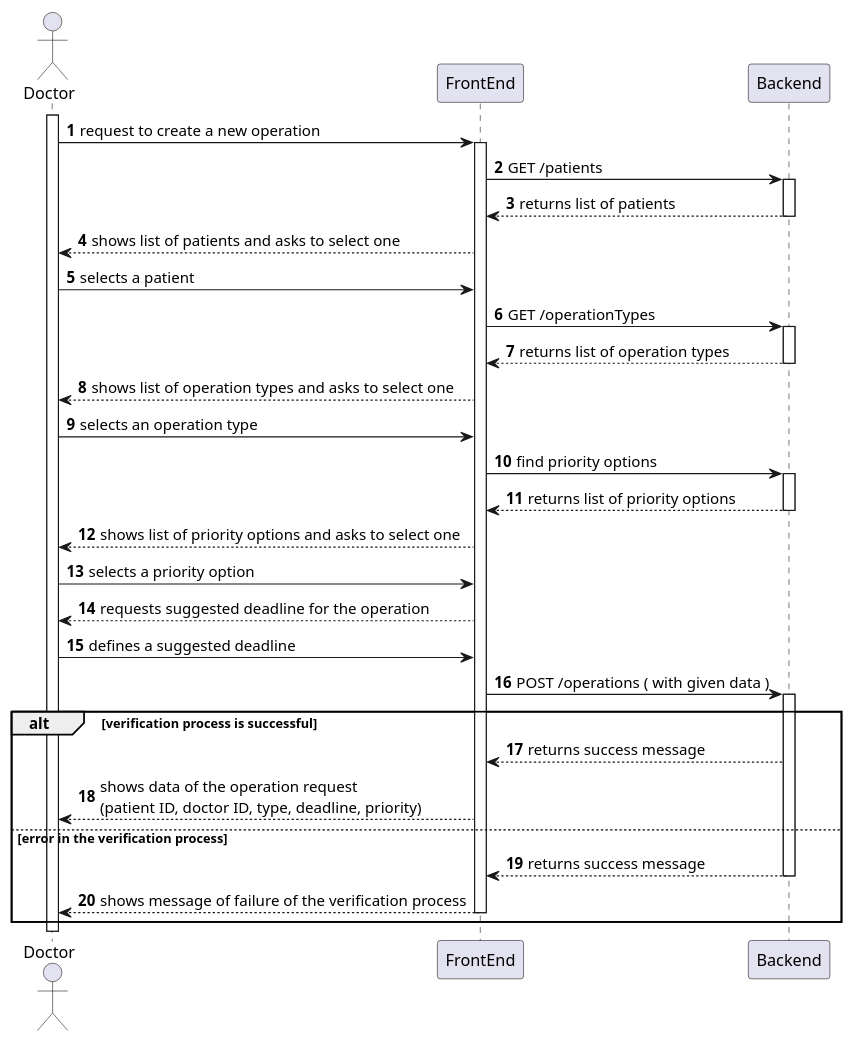
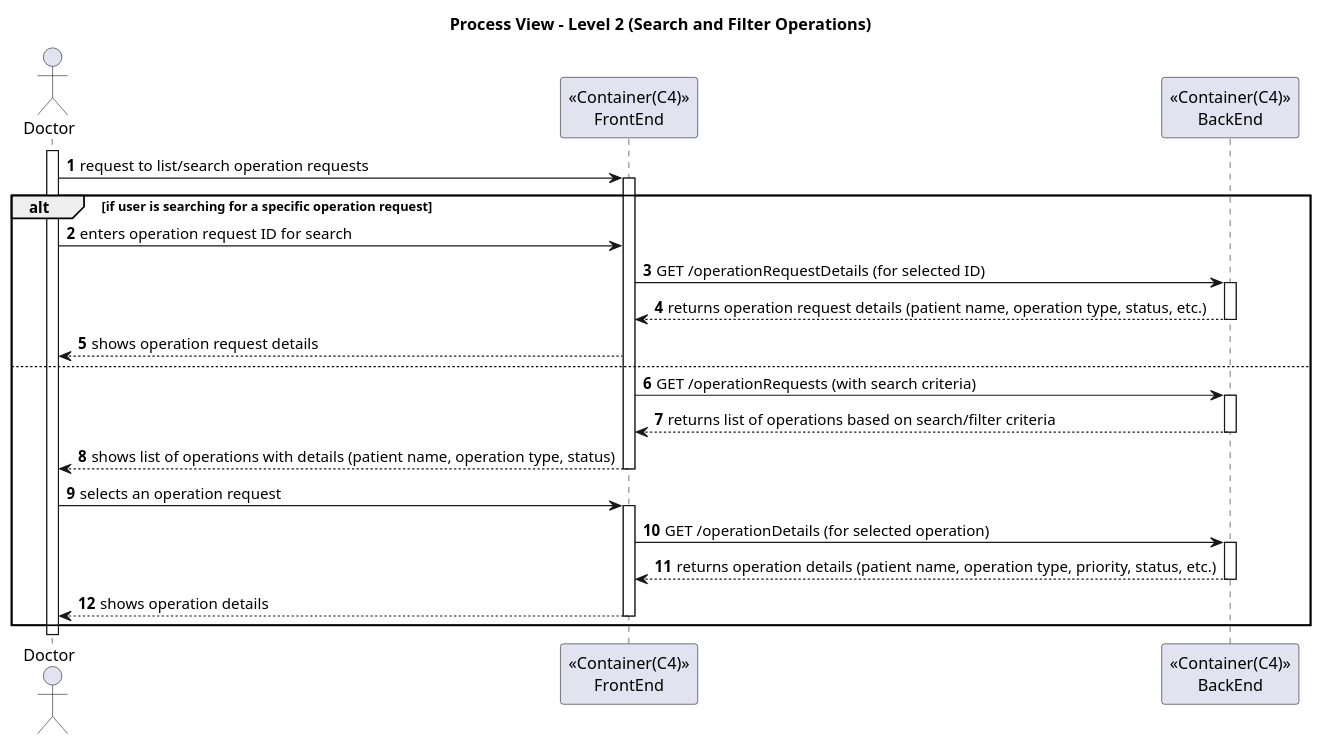
One commit to Saquinho74/LAPR5 changed the diagram in Docs/SprintA/US19/level2/process_view.puml. Above: the diagram before and after it, drawn with PlantUML. The commit also changed 2 other files, not shown here.

Commit message:
#19 Process view levels updated Logical changes

```diff
--- a/Docs/SprintA/US19/level2/process_view.puml
+++ b/Docs/SprintA/US19/level2/process_view.puml
@@ -1,104 +1,62 @@
 @startuml
 'https://plantuml.com/sequence-diagram
 
 autonumber
 actor Doctor as doc
-participant "FrontEnd" as sys
-participant "Backend"
+participant "<<Container(C4)>>\nFrontEnd" as sys
+participant "<<Container(C4)>>\nBackEnd" as backEnd
 activate doc
 
-doc -> sys: request to create a new operation
+title Process View - Level 2 (Search and Filter Operations)
+
+doc -> sys: request to list/search operation requests
 
 activate sys
 
+alt if user is searching for a specific operation request
+  doc -> sys: enters operation request ID for search
+  sys -> backEnd : GET /operationRequestDetails (for selected ID)
 
-sys -> "Backend" : GET /patients
+  activate backEnd
 
-activate "Backend"
+  backEnd --> sys : returns operation request details (patient name, operation type, status, etc.)
 
-"Backend" --> sys : returns list of patients
+  deactivate backEnd
 
-deactivate "Backend"
+  sys --> doc: shows operation request details
 
+else
 
-sys --> doc: shows list of patients and asks to select one
+  sys -> backEnd : GET /operationRequests (with search criteria)
 
+  activate backEnd
 
-doc -> sys: selects a patient
+  backEnd --> sys : returns list of operations based on search/filter criteria
 
+  deactivate backEnd
 
-sys -> "Backend" : GET /operationTypes
+  sys --> doc: shows list of operations with details (patient name, operation type, status)
 
-activate "Backend"
+  deactivate sys
 
-"Backend" --> sys : returns list of operation types
+  doc -> sys: selects an operation request
 
-deactivate "Backend"
+  activate sys
 
-sys --> doc: shows list of operation types and asks to select one
+  sys -> backEnd : GET /operationDetails (for selected operation)
 
+  activate backEnd
 
+  backEnd --> sys : returns operation details (patient name, operation type, priority, status, etc.)
 
+  deactivate backEnd
 
-deactivate "Backend"
-
-doc -> sys: selects an operation type
-
-
-
-sys -> "Backend" : find priority options
-
-activate "Backend"
-
-"Backend" --> sys : returns list of priority options
-
-deactivate "Backend"
-
-sys --> doc : shows list of priority options and asks to select one
-
-
-
-
-
-doc -> sys: selects a priority option
-
-
-
-sys --> doc: requests suggested deadline for the operation
-
-
-
-doc -> sys: defines a suggested deadline
-
-
-
-
-
-
-
-sys -> "Backend" : POST /operations ( with given data )
-
-activate "Backend"
-
-alt verification process is successful
-
-
-"Backend" --> sys : returns success message
-
-
-  sys --> doc: shows data of the operation request \n(patient ID, doctor ID, type, deadline, priority)
-
-
-else error in the verification process
-
-"Backend" --> sys : returns success message
-
-deactivate "Backend"
-
-  sys --> doc: shows message of failure of the verification process
+  sys --> doc: shows operation details
 
   deactivate sys
 
 end
 
+deactivate sys
+
 @enduml
```
